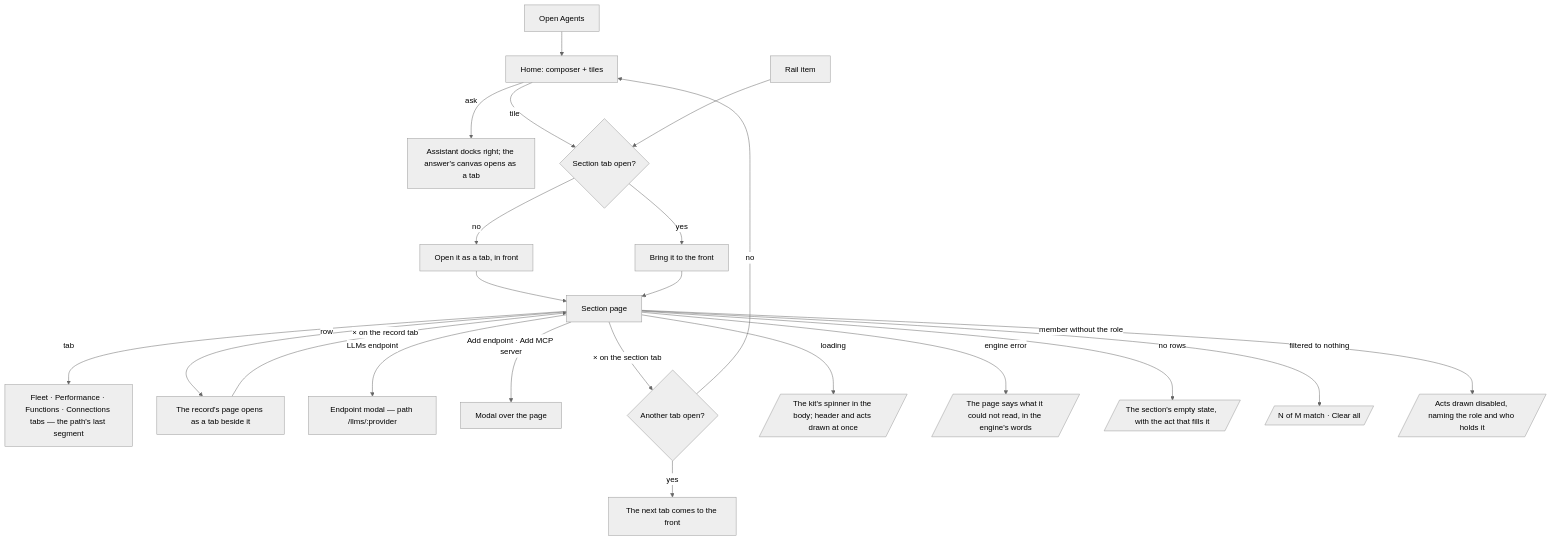
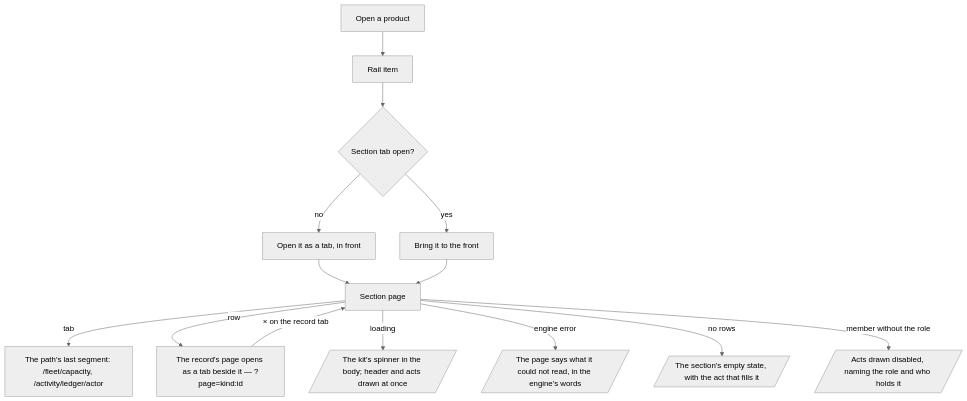
Before and after one commit to invana/invana: the second of 2 diagrams in docs/for-developers/modules/agents/features/the-agents-shell.md, drawn with Mermaid (neutral theme). The commit also changed other lines of this file and 1095 other files, not shown here.

````diff
--- a/docs/for-developers/modules/agents/features/the-agents-shell.md
+++ b/docs/for-developers/modules/agents/features/the-agents-shell.md
@@ -35,24 +47,15 @@
 ```mermaid
 flowchart TD
-    A[Open Agents] --> H[Home: composer + tiles]
-    H -->|ask| AS[Assistant docks right; the answer's canvas opens as a tab]
-    H -->|tile| S
-    R[Rail item] --> S{Section tab open?}
+    A[Open a product] --> R[Rail item] --> S{Section tab open?}
     S -->|no| O[Open it as a tab, in front]
     S -->|yes| F[Bring it to the front]
     O --> P[Section page]
     F --> P
-    P -->|tab| T[Fleet · Performance · Functions · Connections tabs — the path's last segment]
-    P -->|row| D[The record's page opens as a tab beside it]
-    P -->|LLMs endpoint| M1[Endpoint modal — path /llms/:provider]
-    P -->|Add endpoint · Add MCP server| M2[Modal over the page]
+    P -->|tab| T[The path's last segment: /fleet/capacity, /activity/ledger/actor]
+    P -->|row| D[The record's page opens as a tab beside it — ?page=kind:id]
     D -->|× on the record tab| P
-    P -->|× on the section tab| N{Another tab open?}
-    N -->|yes| X[The next tab comes to the front]
-    N -->|no| H
-    P -->|loading| L[/The kit's spinner in the body; header and acts drawn at once/]
+    P -->|loading| LD[/The kit's spinner in the body; header and acts drawn at once/]
     P -->|engine error| E[/The page says what it could not read, in the engine's words/]
     P -->|no rows| Z[/The section's empty state, with the act that fills it/]
-    P -->|filtered to nothing| ZF[/N of M match · Clear all/]
     P -->|member without the role| RO[/Acts drawn disabled, naming the role and who holds it/]
 ```
````
